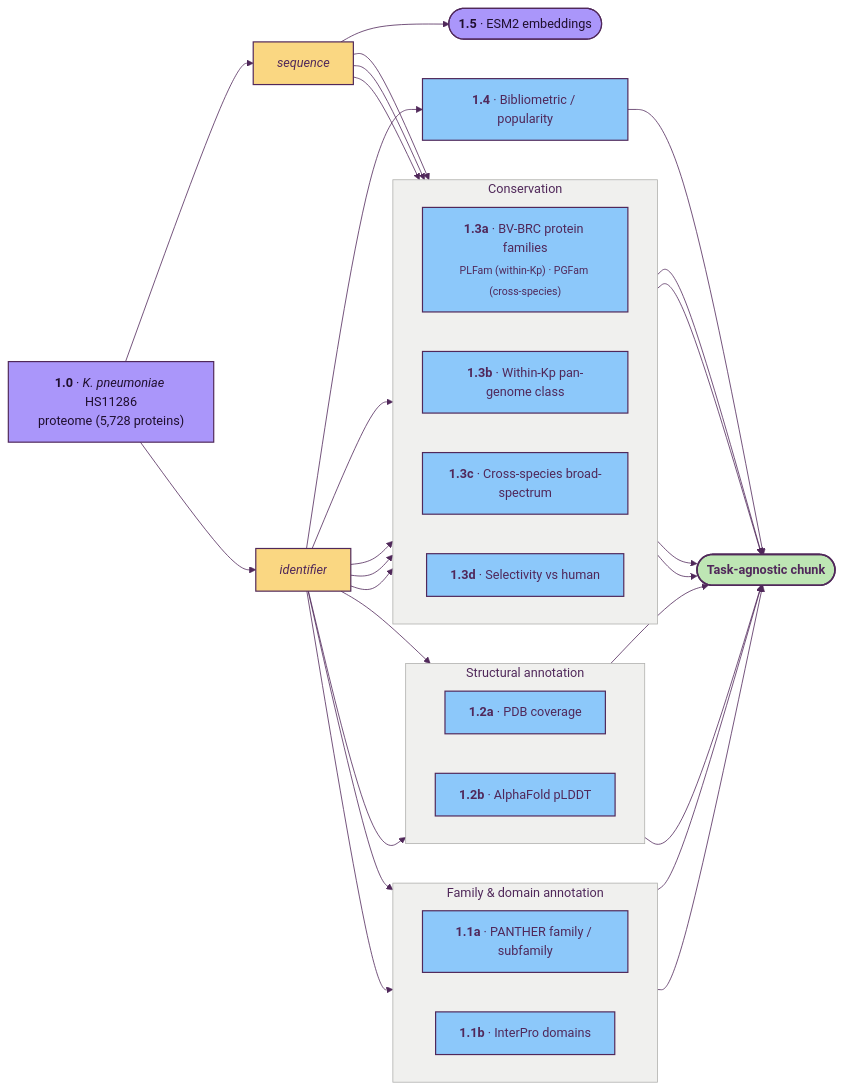
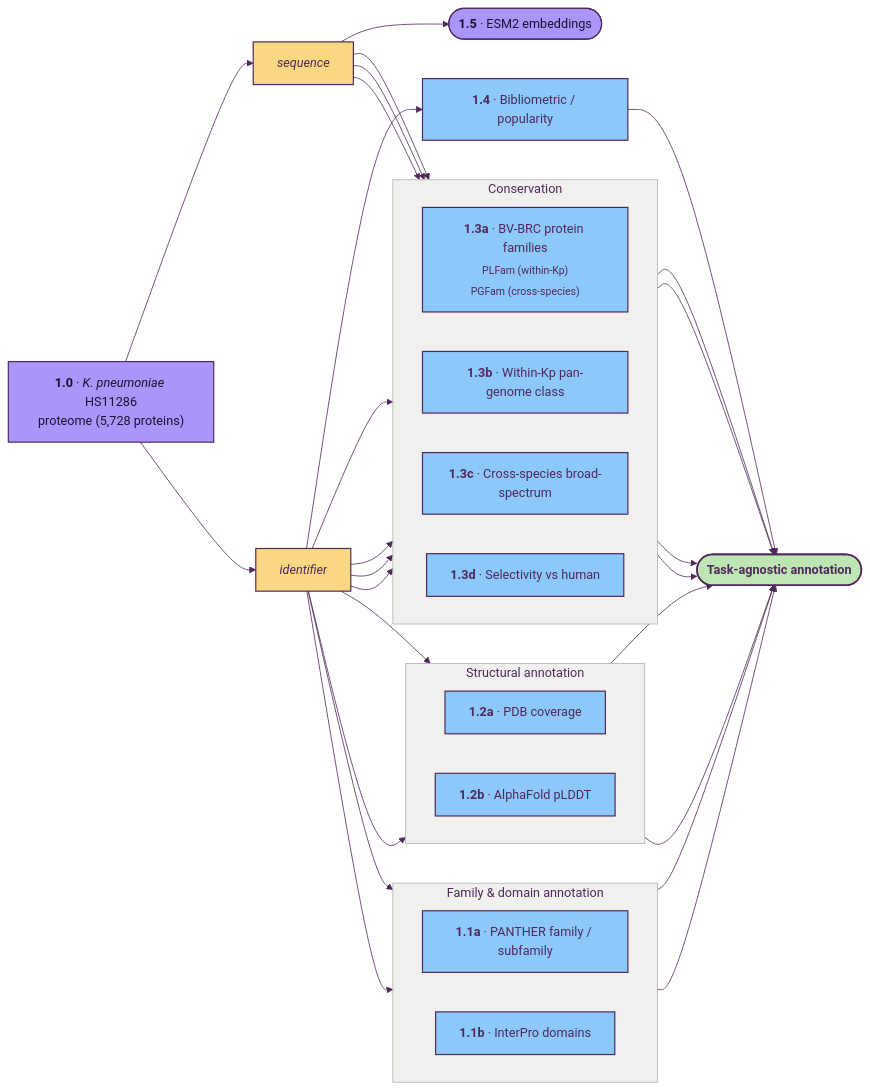
The diagram in docs/01_task_agnostic.md (ersilia-os/gradi-target-prioritization), drawn with Mermaid before and after one commit. The commit also changed other lines of this file and 3 other files, not shown here.

Commit message:
diagramming

````diff
--- a/docs/01_task_agnostic.md
+++ b/docs/01_task_agnostic.md
@@ -18,63 +18,63 @@
 ```mermaid
 %%{init: {'theme':'base','themeVariables':{'primaryColor':'#FAD782','primaryBorderColor':'#50285A','primaryTextColor':'#50285A','lineColor':'#50285A','secondaryColor':'#8CC8FA','tertiaryColor':'#BEE6B4','clusterBkg':'#F0F0EE','clusterBorder':'#B0B0AE','titleColor':'#50285A','fontFamily':'Inter, system-ui, sans-serif'}}}%%
 flowchart LR
     classDef source    fill:#AA96FA,stroke:#50285A,stroke-width:1.5px,color:#1F0F2E
     classDef dataset   fill:#FAD782,stroke:#50285A,stroke-width:1.5px,color:#50285A
     classDef method    fill:#8CC8FA,stroke:#50285A,stroke-width:1.5px,color:#50285A
     classDef embedding fill:#AA96FA,stroke:#50285A,stroke-width:1.5px,color:#1F0F2E
     classDef result    fill:#BEE6B4,stroke:#50285A,stroke-width:2px,color:#50285A,font-weight:bold
     classDef tagnostic fill:#DCA0DC,stroke:#50285A,stroke-width:1.5px,color:#50285A
     classDef stub      fill:#FAA08C,stroke:#50285A,stroke-width:1.5px,stroke-dasharray:6 3,color:#50285A
     classDef planned   fill:#D2D2D0,stroke:#7A7A78,stroke-width:1px,stroke-dasharray:5 5,color:#5A5A58
 
     SRC["<b>1.0</b> · <i>K. pneumoniae</i> HS11286<br/>proteome (5,728 proteins)"]:::source
     SEQ["<i>sequence</i>"]:::dataset
     ID["<i>identifier</i>"]:::dataset
     SRC --> SEQ
     SRC --> ID
 
     subgraph FAMDOM [" Family &amp; domain annotation "]
         direction LR
         PAN["<b>1.1a</b> · PANTHER family / subfamily"]:::method
         INT["<b>1.1b</b> · InterPro domains"]:::method
     end
     ID --> PAN
     ID --> INT
 
     subgraph STRUC [" Structural annotation "]
         direction LR
         PDB["<b>1.2a</b> · PDB coverage"]:::method
         AF["<b>1.2b</b> · AlphaFold pLDDT"]:::method
     end
     ID --> PDB
     ID --> AF
 
     subgraph CONSERVE [" Conservation "]
         direction LR
-        CONS_IDS["<b>1.3a</b> · BV-BRC protein families<br/><sub>PLFam (within-Kp) · PGFam (cross-species)</sub>"]:::method
+        CONS_IDS["<b>1.3a</b> · BV-BRC protein families<br/><sub>PLFam (within-Kp)<br/>PGFam (cross-species)</sub>"]:::method
         CONS_KP["<b>1.3b</b> · Within-Kp pan-genome class"]:::method
         CONS_XS["<b>1.3c</b> · Cross-species broad-spectrum"]:::method
         CONS_SEL["<b>1.3d</b> · Selectivity vs human"]:::method
     end
     ID --> CONS_IDS
     ID --> CONS_KP
     SEQ --> CONS_KP
     ID --> CONS_XS
     SEQ --> CONS_XS
     ID --> CONS_SEL
     SEQ --> CONS_SEL
 
     ID --> POP["<b>1.4</b> · Bibliometric / popularity"]:::method
 
     SEQ --> ESM2(["<b>1.5</b> · ESM2 embeddings"]):::embedding
 
-    PAN  --> T(["Task-agnostic chunk"]):::result
+    PAN  --> T(["Task-agnostic annotation"]):::result
     INT  --> T
     PDB  --> T
     AF   --> T
     CONS_IDS --> T
     CONS_KP  --> T
     CONS_XS  --> T
     CONS_SEL --> T
     POP  --> T
 ```
````
